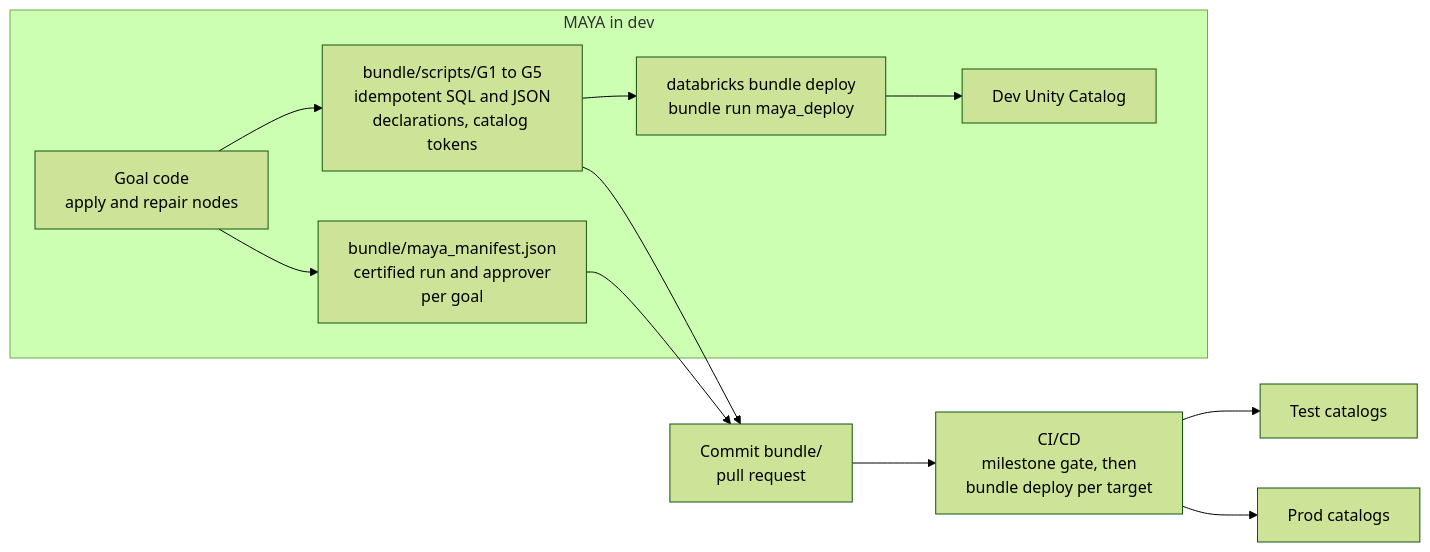
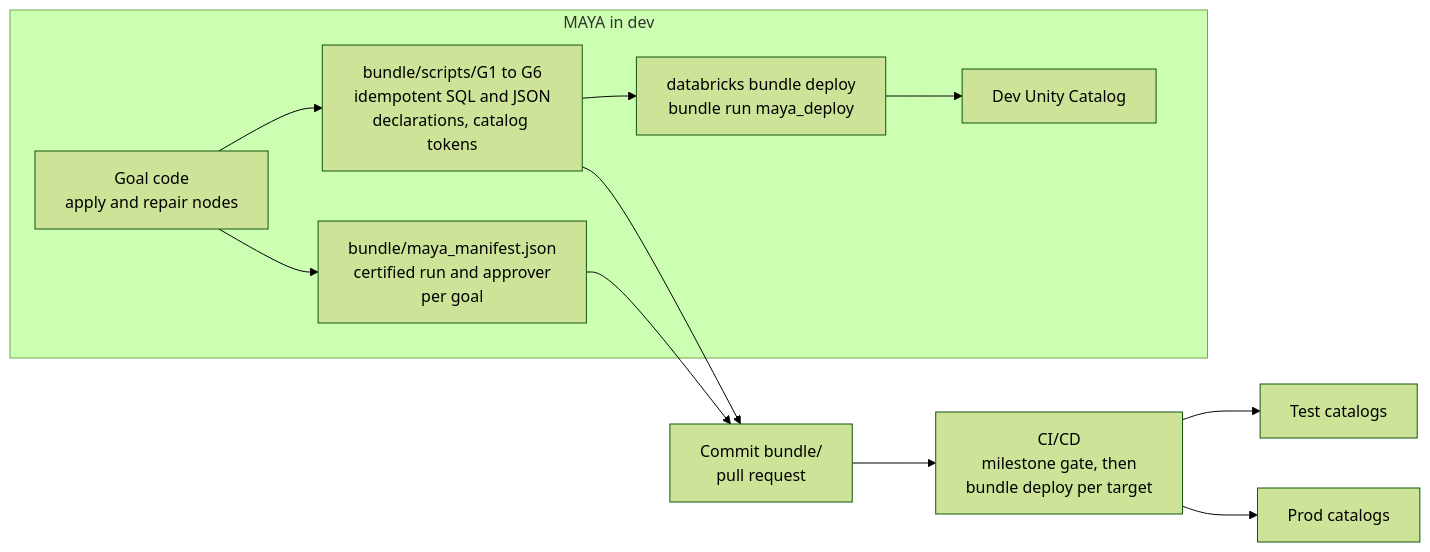
Before and after one commit to vasutechgenie/maya-dbx-ai: the sixth of 7 diagrams in docs/ARCHITECTURE.md, drawn with Mermaid (forest theme). The commit also changed other lines of this file and 24 other files, not shown here.

````diff
--- a/docs/ARCHITECTURE.md
+++ b/docs/ARCHITECTURE.md
@@ -219,14 +220,14 @@
 ```mermaid
 flowchart LR
     subgraph dev["MAYA in dev"]
-        gc["Goal code<br/>apply and repair nodes"] --> sc["bundle/scripts/G1 to G5<br/>idempotent SQL and JSON<br/>declarations, catalog tokens"]
+        gc["Goal code<br/>apply and repair nodes"] --> sc["bundle/scripts/G1 to G6<br/>idempotent SQL and JSON<br/>declarations, catalog tokens"]
         gc --> mf["bundle/maya_manifest.json<br/>certified run and approver<br/>per goal"]
         sc --> dep["databricks bundle deploy<br/>bundle run maya_deploy"]
         dep --> devuc["Dev Unity Catalog"]
     end
     sc --> git["Commit bundle/<br/>pull request"]
     mf --> git
     git --> ci["CI/CD<br/>milestone gate, then<br/>bundle deploy per target"]
     ci --> test["Test catalogs"]
     ci --> prod["Prod catalogs"]
 ```
````
